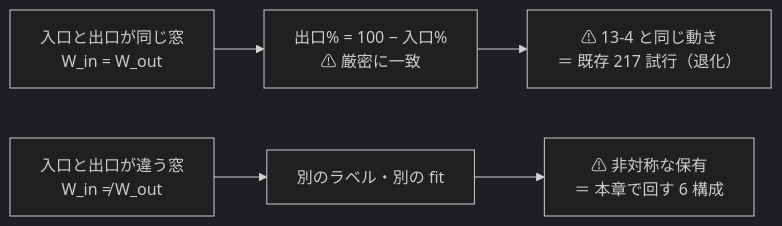
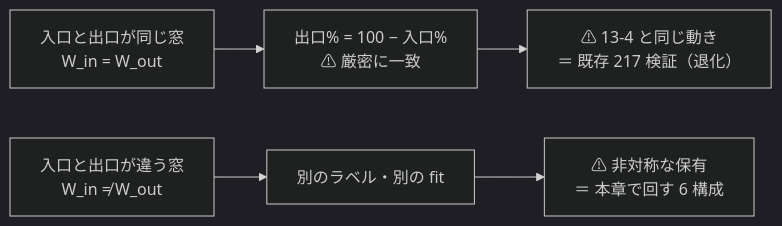
Diagram 16 of 17 in docs/specs/experiments/feature-discovery/rules.md (akiraak/ai-income-lab), drawn with Mermaid (dark theme) before and after one commit. The commit also changed other lines of this file and 52 other files, not shown here.

````diff
--- a/docs/specs/experiments/feature-discovery/rules.md
+++ b/docs/specs/experiments/feature-discovery/rules.md
@@ -973,7 +1061,7 @@
 ```mermaid
 flowchart LR
   EQ["入口と出口が同じ窓<br/>W_in = W_out"] --> R1["出口% = 100 − 入口%<br/>⚠ 厳密に一致"]
-  R1 --> OLD["⚠ 13-4 と同じ動き<br/>＝ 既存 217 試行（退化）"]
+  R1 --> OLD["⚠ 13-4 と同じ動き<br/>＝ 既存 217 検証（退化）"]
   NE["入口と出口が違う窓<br/>W_in ≠ W_out"] --> R2["別のラベル・別の fit"]
   R2 --> ASY["⚠ 非対称な保有<br/>＝ 本章で回す 6 構成"]
 ```
````
